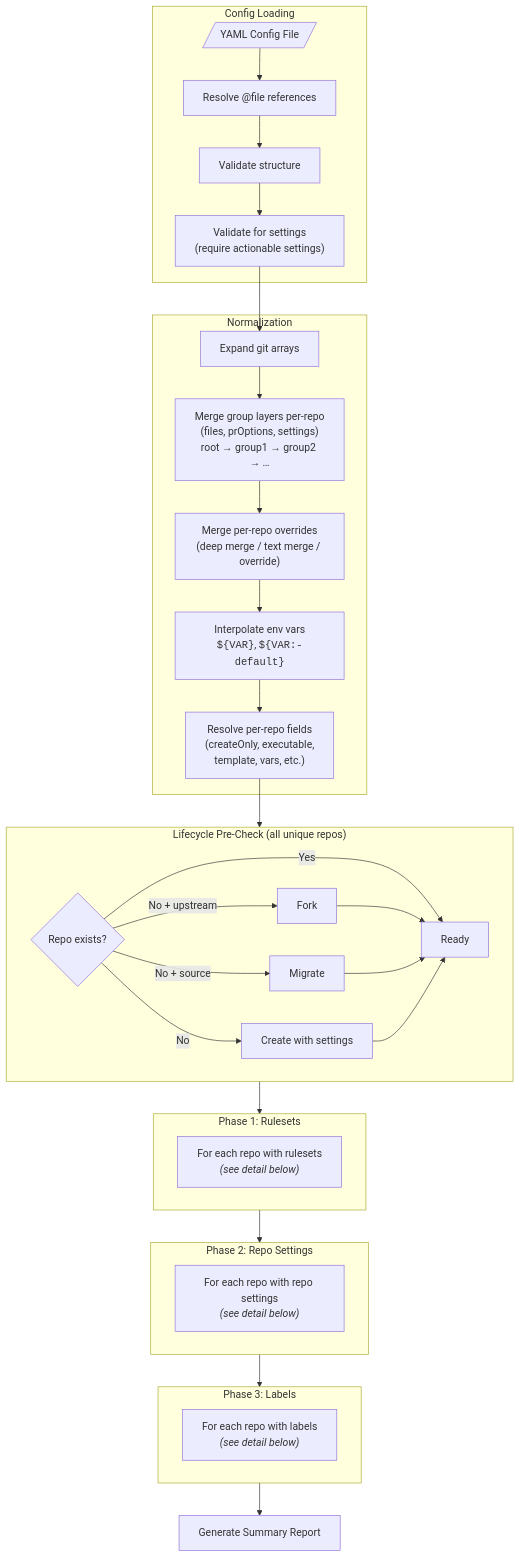
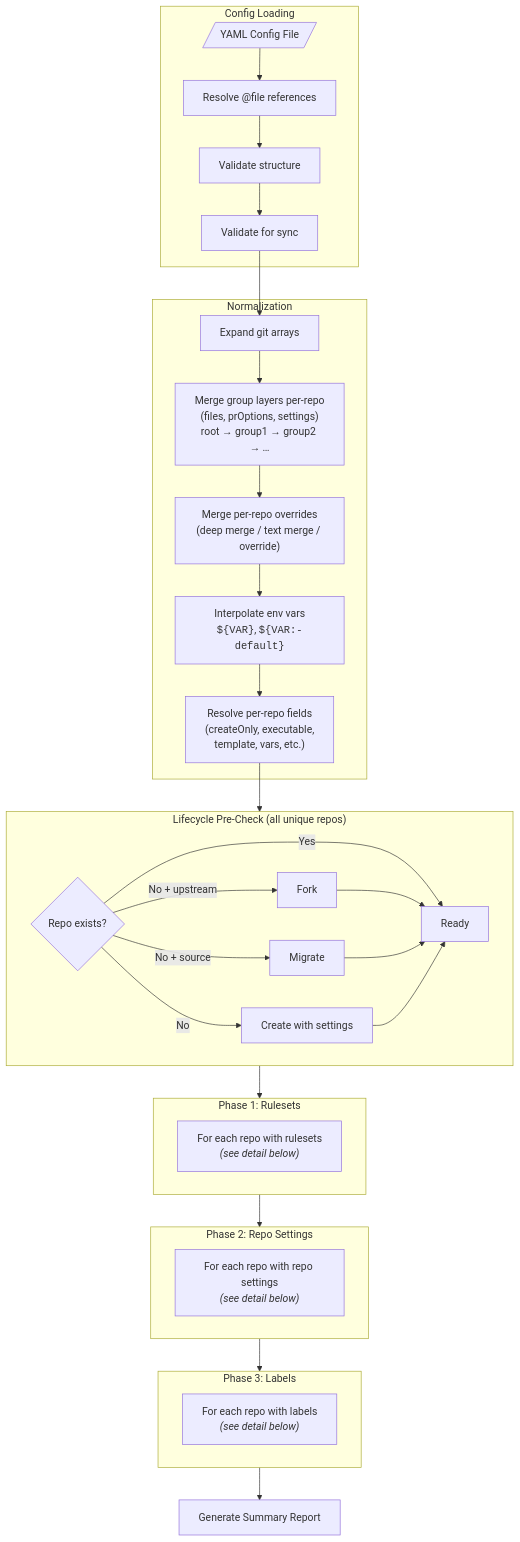
The third of 6 diagrams in docs/index.md (anthony-spruyt/xfg), drawn with Mermaid before and after one commit. The commit also changed other lines of this file and 58 other files, not shown here.

First line of the commit message:
feat!: unify sync and settings into single command (v4) (#577)

````diff
--- a/docs/index.md
+++ b/docs/index.md
@@ -308,43 +305,43 @@
 ```mermaid
 flowchart TB
     subgraph Loading["Config Loading"]
         YAML[/"YAML Config File"/] --> REFS["Resolve @file references"]
         REFS --> VALIDATE["Validate structure"]
-        VALIDATE --> VALIDATE_CMD["Validate for settings<br/>(require actionable settings)"]
+        VALIDATE --> VALIDATE_CMD["Validate for sync"]
     end
 
     subgraph Normalization
         EXPAND["Expand git arrays"] --> GROUPS_S["Merge group layers per-repo<br/>(files, prOptions, settings)<br/>root → group1 → group2 → …"]
         GROUPS_S --> MERGE_S["Merge per-repo overrides<br/>(deep merge / text merge / override)"]
         MERGE_S --> ENV_S["Interpolate env vars<br/><code>${VAR}</code>, <code>${VAR:-default}</code>"]
         ENV_S --> OPTS_S["Resolve per-repo fields<br/>(createOnly, executable,<br/>template, vars, etc.)"]
     end
 
     subgraph Lifecycle["Lifecycle Pre-Check (all unique repos)"]
         EXIST{"Repo exists?"} -->|Yes| READY["Ready"]
         EXIST -->|"No + upstream"| FORK["Fork"] --> READY
         EXIST -->|"No + source"| MIGRATE["Migrate"] --> READY
         EXIST -->|No| CREATE["Create with settings"] --> READY
     end
 
     subgraph Phase1["Phase 1: Rulesets"]
         RS["For each repo with rulesets<br/><i>(see detail below)</i>"]
     end
 
     subgraph Phase2["Phase 2: Repo Settings"]
         REPO["For each repo with repo settings<br/><i>(see detail below)</i>"]
     end
 
     subgraph Phase3["Phase 3: Labels"]
         LBL["For each repo with labels<br/><i>(see detail below)</i>"]
     end
 
     REPORT["Generate Summary Report"]
 
     VALIDATE_CMD --> EXPAND
     OPTS_S --> Lifecycle
     Lifecycle --> Phase1
     Phase1 --> Phase2
     Phase2 --> Phase3
     Phase3 --> REPORT
 ```
````
